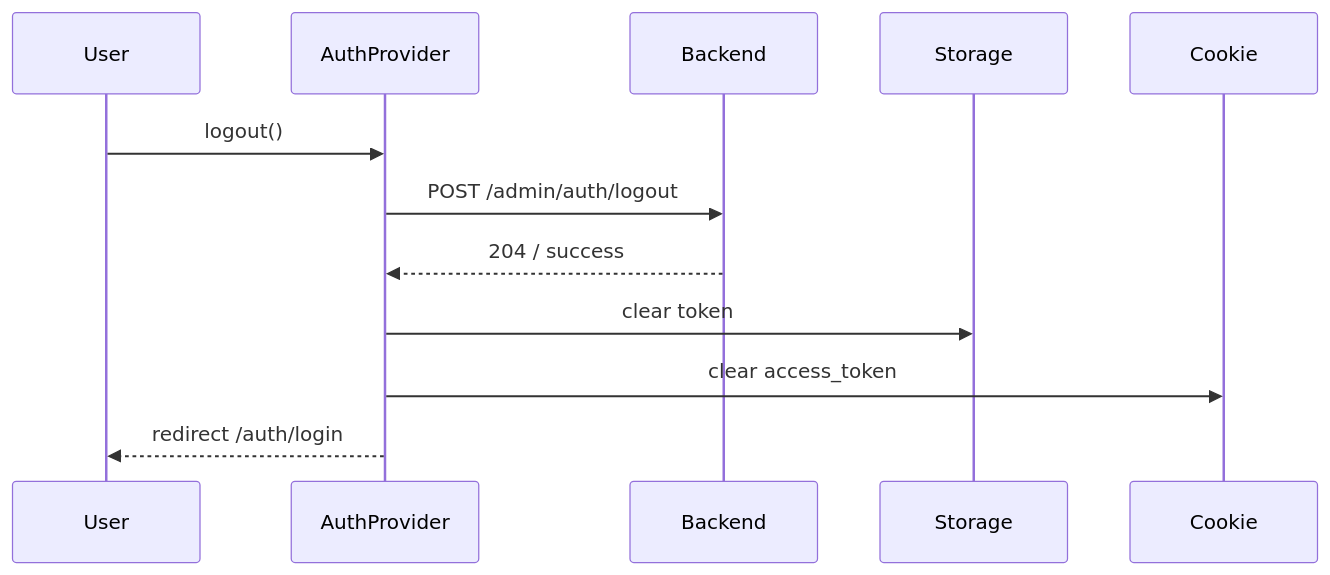
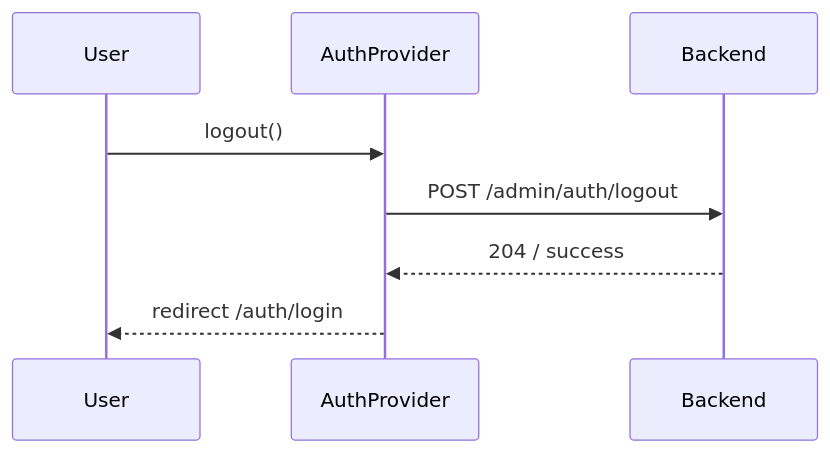
Before and after one commit to MicroClub-USTHB/multAI: the fourth of 4 diagrams in frontend/docs/integration.md, drawn with Mermaid. The commit also changed other lines of this file and 2 other files, not shown here.

Commit message:
fix(auth): use backend session cookie

````diff
--- a/frontend/docs/integration.md
+++ b/frontend/docs/integration.md
@@ -90,13 +89,11 @@
 ```mermaid
 sequenceDiagram
   participant User
   participant Auth as AuthProvider
   participant API as Backend
 
   User->>Auth: logout()
   Auth->>API: POST /admin/auth/logout
   API-->>Auth: 204 / success
-  Auth->>Storage: clear token
-  Auth->>Cookie: clear access_token
   Auth-->>User: redirect /auth/login
 ```
````
